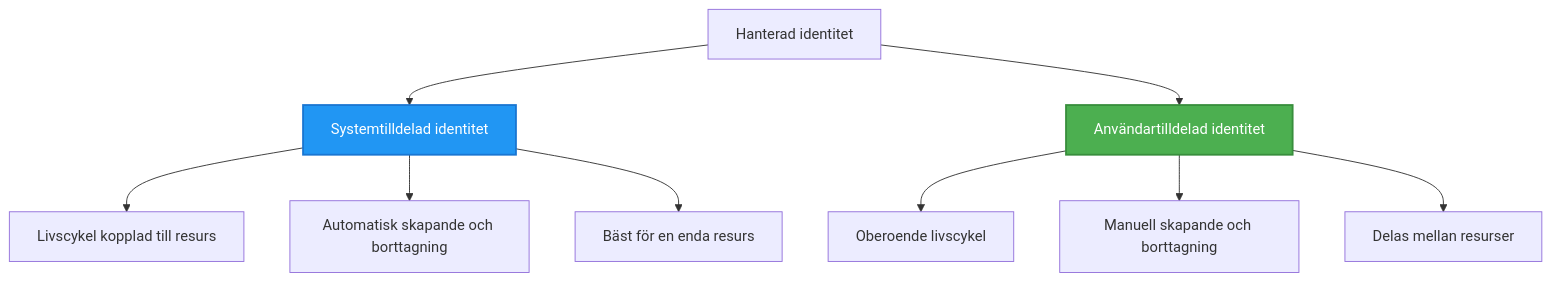
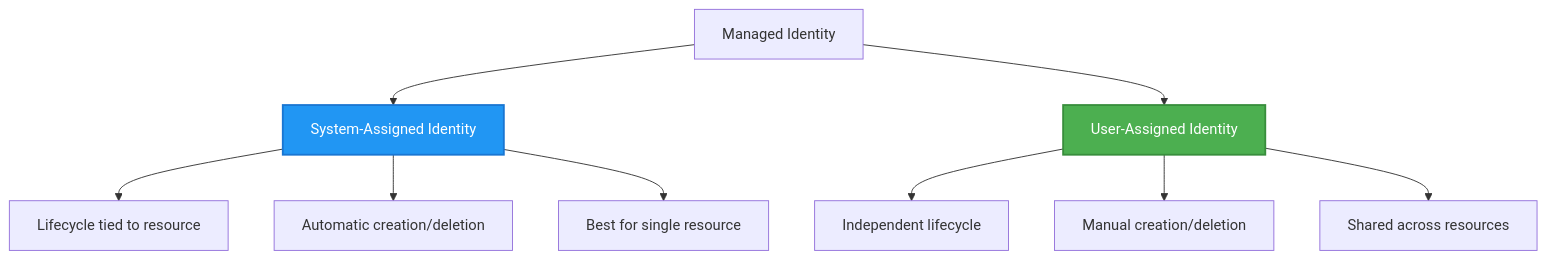
The second of 2 diagrams in translations/sv/docs/chapter-03-configuration/authsecurity.md (microsoft/AZD-for-beginners), drawn with Mermaid before and after one commit. The commit also changed other lines of this file and 154 other files, not shown here.

````diff
--- a/translations/sv/docs/chapter-03-configuration/authsecurity.md
+++ b/translations/sv/docs/chapter-03-configuration/authsecurity.md
@@ -98,20 +100,20 @@
 ```mermaid
 graph TB
-    MI[Hanterad identitet]
-    SystemAssigned[Systemtilldelad identitet]
-    UserAssigned[Användartilldelad identitet]
+    MI[Managed Identity]
+    SystemAssigned[System-Assigned Identity]
+    UserAssigned[User-Assigned Identity]
     
     MI --> SystemAssigned
     MI --> UserAssigned
     
-    SystemAssigned --> SA1[Livscykel kopplad till resurs]
-    SystemAssigned --> SA2[Automatisk skapande och borttagning]
-    SystemAssigned --> SA3[Bäst för en enda resurs]
+    SystemAssigned --> SA1[Lifecycle tied to resource]
+    SystemAssigned --> SA2[Automatic creation/deletion]
+    SystemAssigned --> SA3[Best for single resource]
     
-    UserAssigned --> UA1[Oberoende livscykel]
-    UserAssigned --> UA2[Manuell skapande och borttagning]
-    UserAssigned --> UA3[Delas mellan resurser]
+    UserAssigned --> UA1[Independent lifecycle]
+    UserAssigned --> UA2[Manual creation/deletion]
+    UserAssigned --> UA3[Shared across resources]
     
     style SystemAssigned fill:#2196F3,stroke:#1976D2,stroke-width:2px,color:#fff
     style UserAssigned fill:#4CAF50,stroke:#388E3C,stroke-width:2px,color:#fff
 ```
````
